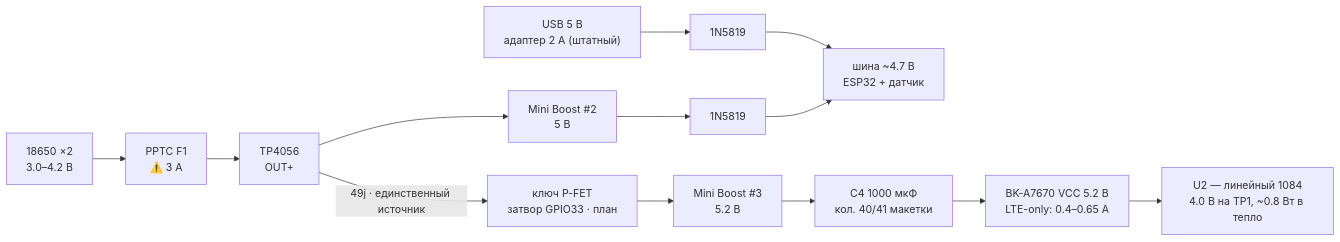
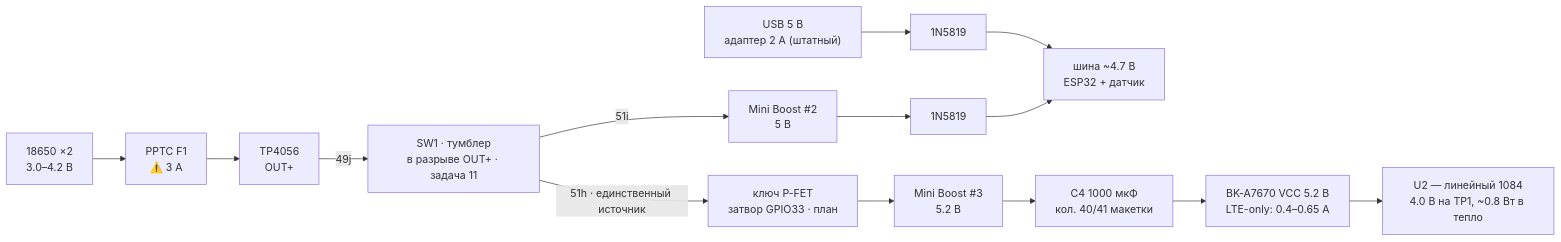
One commit to temafey/ArduinoWindStation changed the first of 2 diagrams in tasks/10-a7670e-4g-gps.md. Above: the diagram before and after it, drawn with Mermaid. The commit also changed other lines of this file and 20 other files, not shown here.

````diff
--- a/tasks/10-a7670e-4g-gps.md
+++ b/tasks/10-a7670e-4g-gps.md
@@ -628,11 +718,12 @@
 ```mermaid
 flowchart LR
   USB["USB 5 В<br/>адаптер 2 А (штатный)"] --> D1["1N5819"] --> RAIL["шина ~4.7 В<br/>ESP32 + датчик"]
   BAT["18650 ×2<br/>3.0–4.2 В"] --> F1["PPTC F1<br/>⚠️ 3 А"]
   F1 --> TP["TP4056<br/>OUT+"]
-  TP --> B2["Mini Boost #2<br/>5 В"] --> D2["1N5819"] --> RAIL
-  TP -->|"49j · единственный источник"| SW["ключ P-FET<br/>затвор GPIO33 · план"]
+  TP -->|"49j"| SW1["SW1 · тумблер<br/>в разрыве OUT+ · задача 11"]
+  SW1 -->|"51i"| B2["Mini Boost #2<br/>5 В"] --> D2["1N5819"] --> RAIL
+  SW1 -->|"51h · единственный источник"| SW["ключ P-FET<br/>затвор GPIO33 · план"]
   SW --> B3["Mini Boost #3<br/>5.2 В"]
   B3 --> CAP["C4 1000 мкФ<br/>кол. 40/41 макетки"] --> MODEM["BK-A7670 VCC 5.2 В<br/>LTE-only: 0.4–0.65 А"]
   MODEM --> U2["U2 — линейный 1084<br/>4.0 В на TP1, ~0.8 Вт в тепло"]
 ```
````
